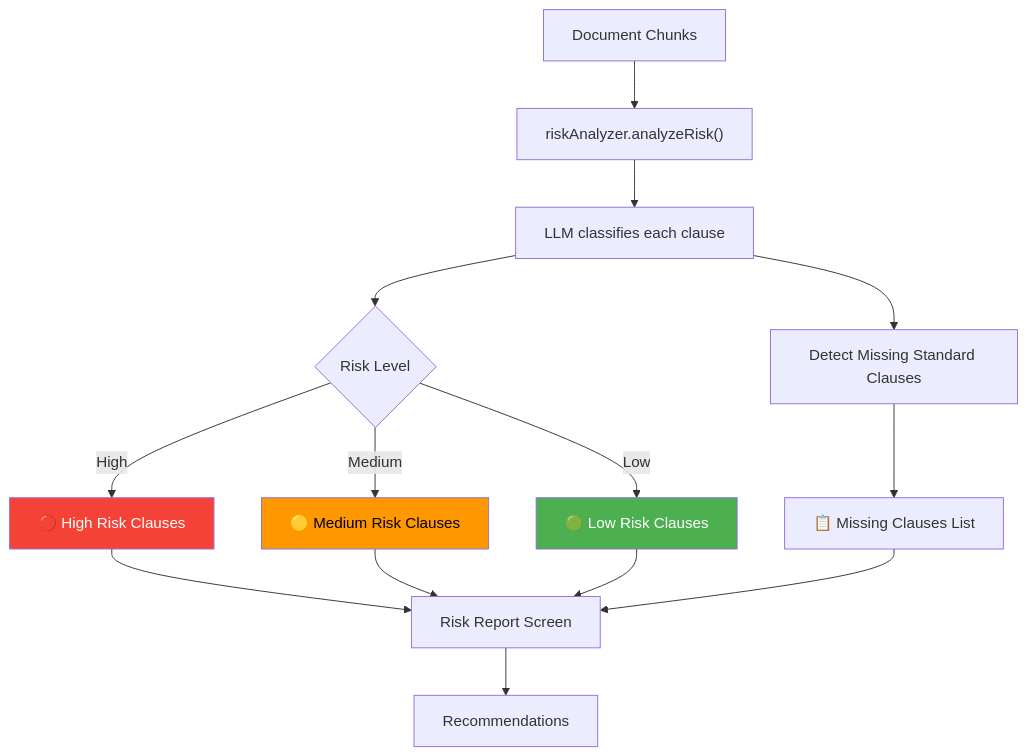
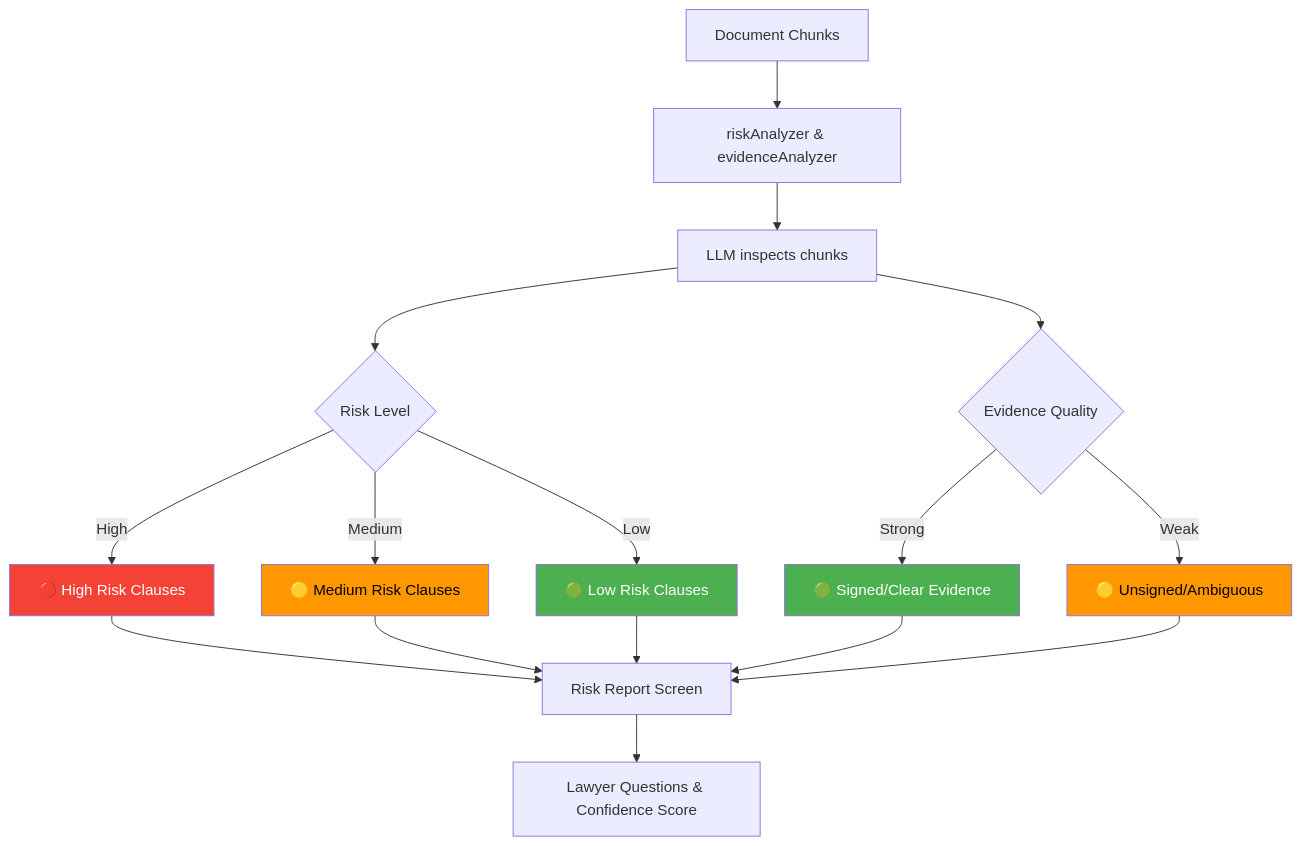
The tenth of 14 diagrams in docs/04-data-flow.md (Nani040905/mobile-legal-ai-assistant), drawn with Mermaid before and after one commit. The commit also changed other lines of this file and 3 other files, not shown here.

Commit message:
Update docs to reflect Phase 13 and Phase 18 architecture and roadmap

````diff
--- a/docs/04-data-flow.md
+++ b/docs/04-data-flow.md
@@ -289,20 +293,26 @@
 ```mermaid
 flowchart TD
-    A["Document Chunks"] --> B["riskAnalyzer.analyzeRisk()"]
-    B --> C["LLM classifies each clause"]
+    A["Document Chunks"] --> B["riskAnalyzer & evidenceAnalyzer"]
+    B --> C["LLM inspects chunks"]
     C --> D{"Risk Level"}
     D -->|"High"| E["🔴 High Risk Clauses"]
     D -->|"Medium"| F["🟡 Medium Risk Clauses"]
     D -->|"Low"| G["🟢 Low Risk Clauses"]
-    C --> H["Detect Missing Standard Clauses"]
-    H --> I["📋 Missing Clauses List"]
-    E --> J["Risk Report Screen"]
-    F --> J
-    G --> J
-    I --> J
-    J --> K["Recommendations"]
+    
+    C --> H{"Evidence Quality"}
+    H -->|"Strong"| I["🟢 Signed/Clear Evidence"]
+    H -->|"Weak"| J["🟡 Unsigned/Ambiguous"]
+    
+    E --> K["Risk Report Screen"]
+    F --> K
+    G --> K
+    I --> K
+    J --> K
+    K --> L["Lawyer Questions & Confidence Score"]
 
     style E fill:#f44336,color:#fff
     style F fill:#ff9800,color:#000
     style G fill:#4caf50,color:#fff
+    style I fill:#4caf50,color:#fff
+    style J fill:#ff9800,color:#000
 ```
````
